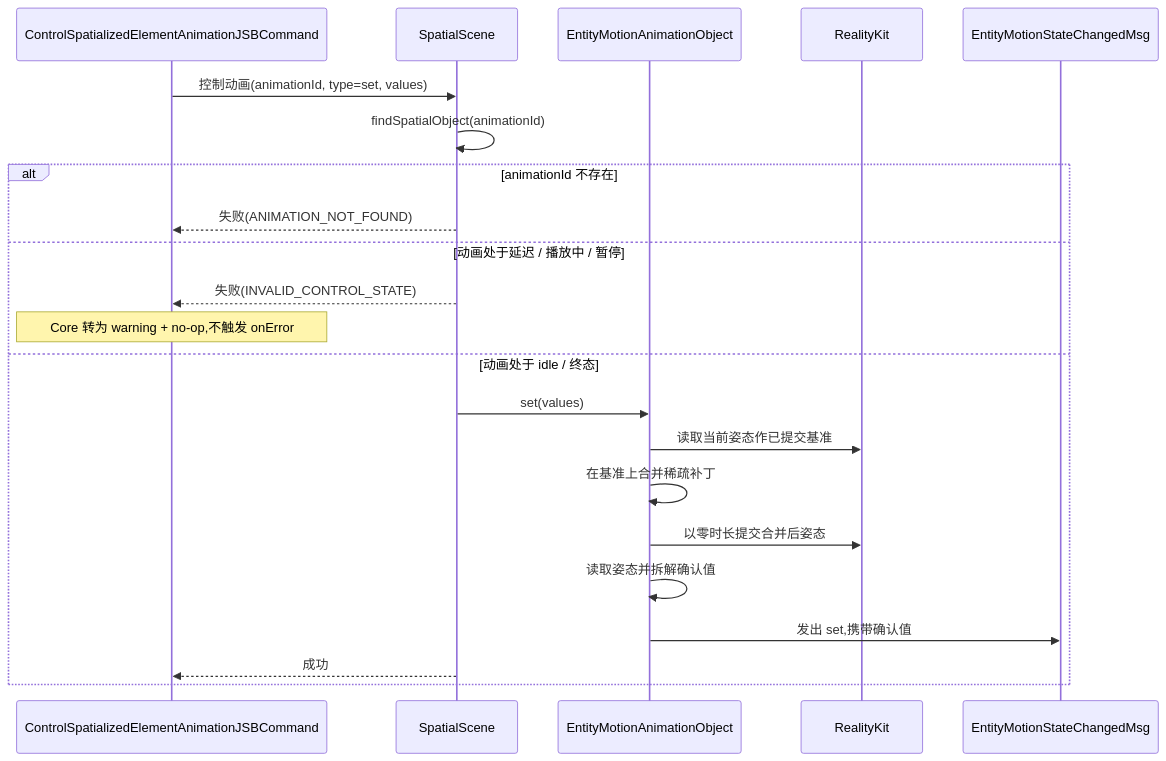
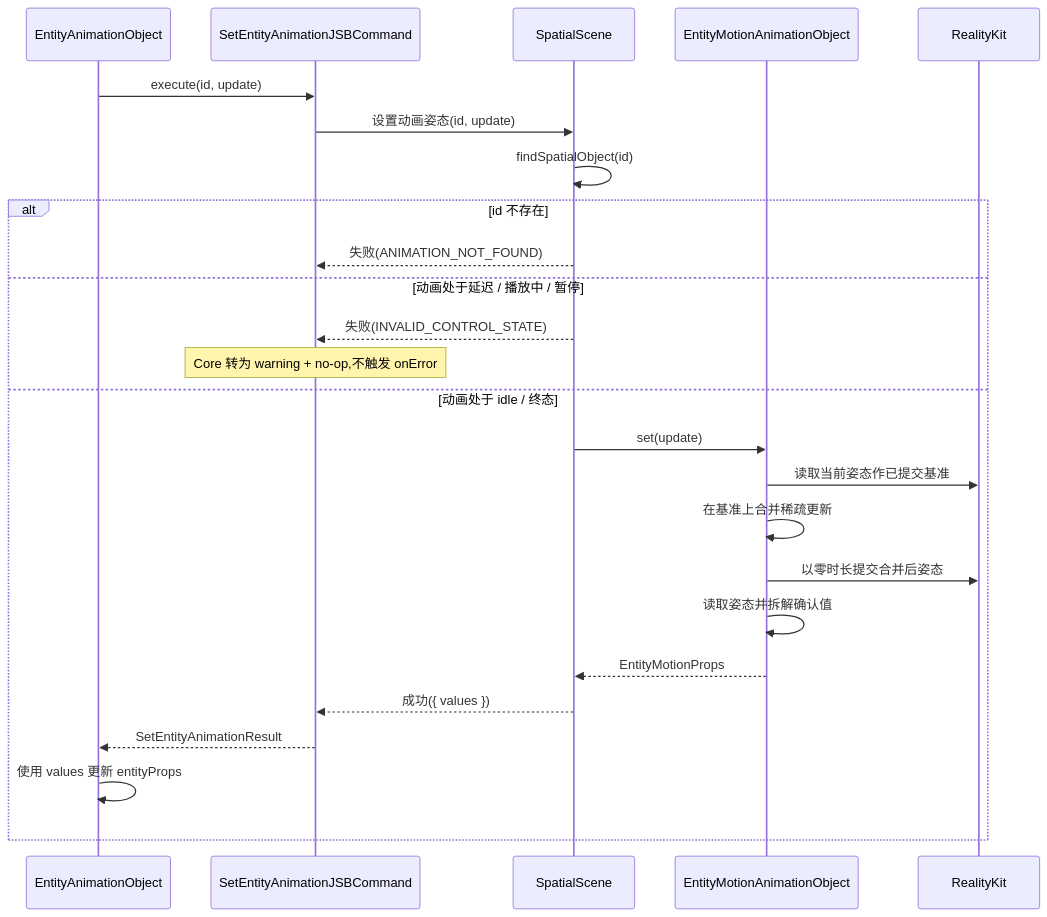
Diagram 14 of 14 in openspec/changes/redesign-entity-motion-api/design.zh.md (webspatial/webspatial-sdk), drawn with Mermaid before and after one commit. The commit also changed other lines of this file and 7 other files, not shown here.

````diff
--- a/openspec/changes/redesign-entity-motion-api/design.zh.md
+++ b/openspec/changes/redesign-entity-motion-api/design.zh.md
@@ -1179,25 +1255,28 @@
 ```mermaid
 sequenceDiagram
-    participant JSB as ControlSpatializedElementAnimationJSBCommand
+    participant Core as EntityAnimationObject
+    participant JSB as SetEntityAnimationJSBCommand
     participant Scene as SpatialScene
     participant Obj as EntityMotionAnimationObject
     participant RK as RealityKit
-    participant Event as EntityMotionStateChangedMsg
 
-    JSB->>Scene: 控制动画(animationId, type=set, values)
-    Scene->>Scene: findSpatialObject(animationId)
-    alt animationId 不存在
+    Core->>JSB: execute(id, update)
+    JSB->>Scene: 设置动画姿态(id, update)
+    Scene->>Scene: findSpatialObject(id)
+    alt id 不存在
         Scene-->>JSB: 失败(ANIMATION_NOT_FOUND)
     else 动画处于延迟 / 播放中 / 暂停
         Scene-->>JSB: 失败(INVALID_CONTROL_STATE)
         Note over JSB: Core 转为 warning + no-op,不触发 onError
     else 动画处于 idle / 终态
-        Scene->>Obj: set(values)
+        Scene->>Obj: set(update)
         Obj->>RK: 读取当前姿态作已提交基准
-        Obj->>Obj: 在基准上合并稀疏补丁
+        Obj->>Obj: 在基准上合并稀疏更新
         Obj->>RK: 以零时长提交合并后姿态
         Obj->>Obj: 读取姿态并拆解确认值
-        Obj->>Event: 发出 set,携带确认值
-        Scene-->>JSB: 成功
+        Obj-->>Scene: EntityMotionProps
+        Scene-->>JSB: 成功({ values })
+        JSB-->>Core: SetEntityAnimationResult
+        Core->>Core: 使用 values 更新 entityProps
     end
 ```
````
